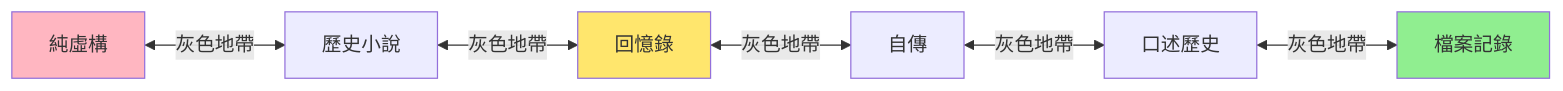
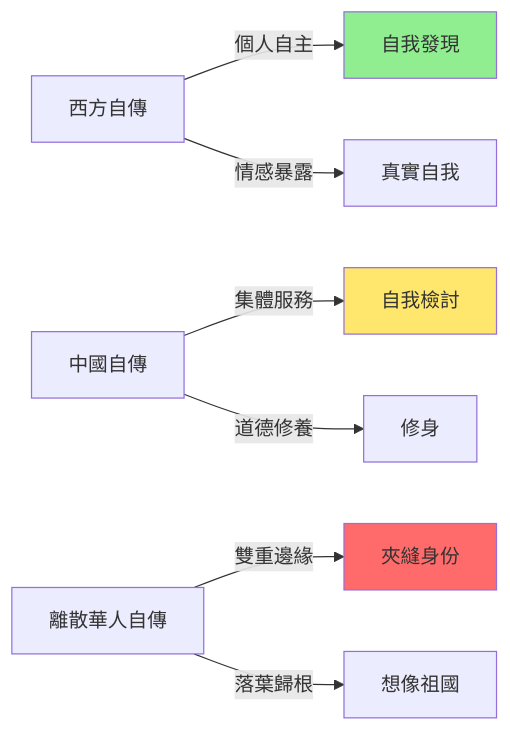
One commit to yip-lgtm/HKU-Harvard-History-Self-Study changed the ninth of 10 diagrams in 01_HKU_Courses/HIST2070_Stories_of_Self.md. Above: the diagram before and after it, drawn with Mermaid. The commit also changed other lines of this file and 25 other files, not shown here.

````diff
--- a/01_HKU_Courses/HIST2070_Stories_of_Self.md
+++ b/01_HKU_Courses/HIST2070_Stories_of_Self.md
@@ -212,11 +309,12 @@
 ```mermaid
 graph LR
-    A["純虛構"] <-->|"灰色地帶"| B["歷史小說"]
-    B <-->|"灰色地帶"| C["回憶錄"]
-    C <-->|"灰色地帶"| D["自傳"]
-    D <-->|"灰色地帶"| E["口述歷史"]
-    E <-->|"灰色地帶"| F["檔案記錄"]
-    style A fill:#FFB6C1
-    style C fill:#FFE66D
-    style F fill:#90EE90
+    A["西方自傳"] -->|"個人自主"| B["自我發現"]
+    A -->|"情感暴露"| C["真實自我"]
+    D["中國自傳"] -->|"集體服務"| E["自我檢討"]
+    D -->|"道德修養"| F["修身"]
+    G["離散華人自傳"] -->|"雙重邊緣"| H["夾縫身份"]
+    G -->|"落葉歸根"| I["想像祖國"]
+    style B fill:#90EE90
+    style E fill:#FFE66D
+    style H fill:#FF6B6B
 ```
````
